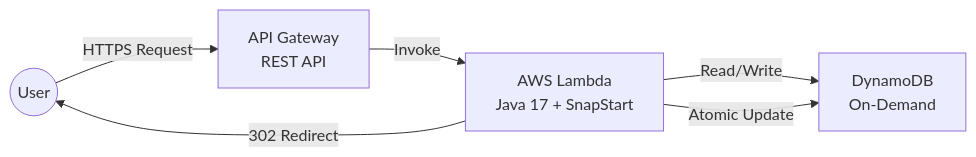
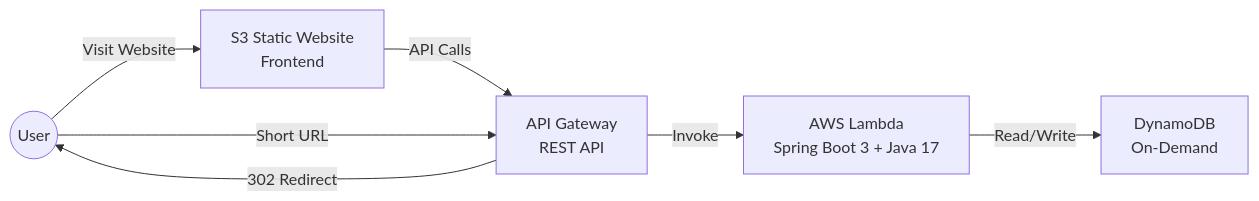
Before and after one commit to manikanta-adupa/UrlShortener: the diagram in README.md, drawn with Mermaid. The commit also changed other lines of this file, not shown here.

Commit message:
Enhance README with detailed tech stack, deployment architecture, and key features; update demo link format and add local development instructions.

````diff
--- a/README.md
+++ b/README.md
@@ -55,8 +84,9 @@
 ```mermaid
 graph LR
-    User((User)) -->|HTTPS Request| APIG[API Gateway<br/>REST API]
-    APIG -->|Invoke| Lambda[AWS Lambda<br/>Java 17 + SnapStart]
+    User((User)) -->|Visit Website| S3[S3 Static Website<br/>Frontend]
+    S3 -->|API Calls| APIG[API Gateway<br/>REST API]
+    APIG -->|Invoke| Lambda[AWS Lambda<br/>Spring Boot 3 + Java 17]
     Lambda -->|Read/Write| DDB[DynamoDB<br/>On-Demand]
-    Lambda -->|302 Redirect| User
-    Lambda -->|Atomic Update| DDB
+    User -->|Short URL| APIG
+    APIG -->|302 Redirect| User
 ```
````
